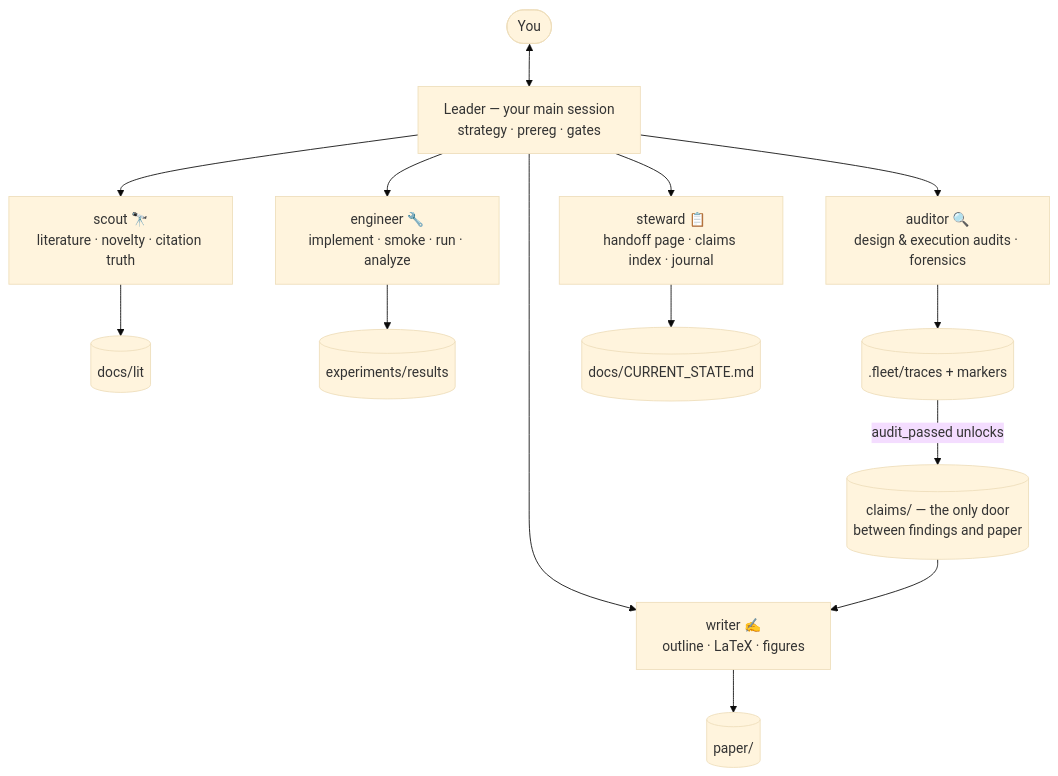
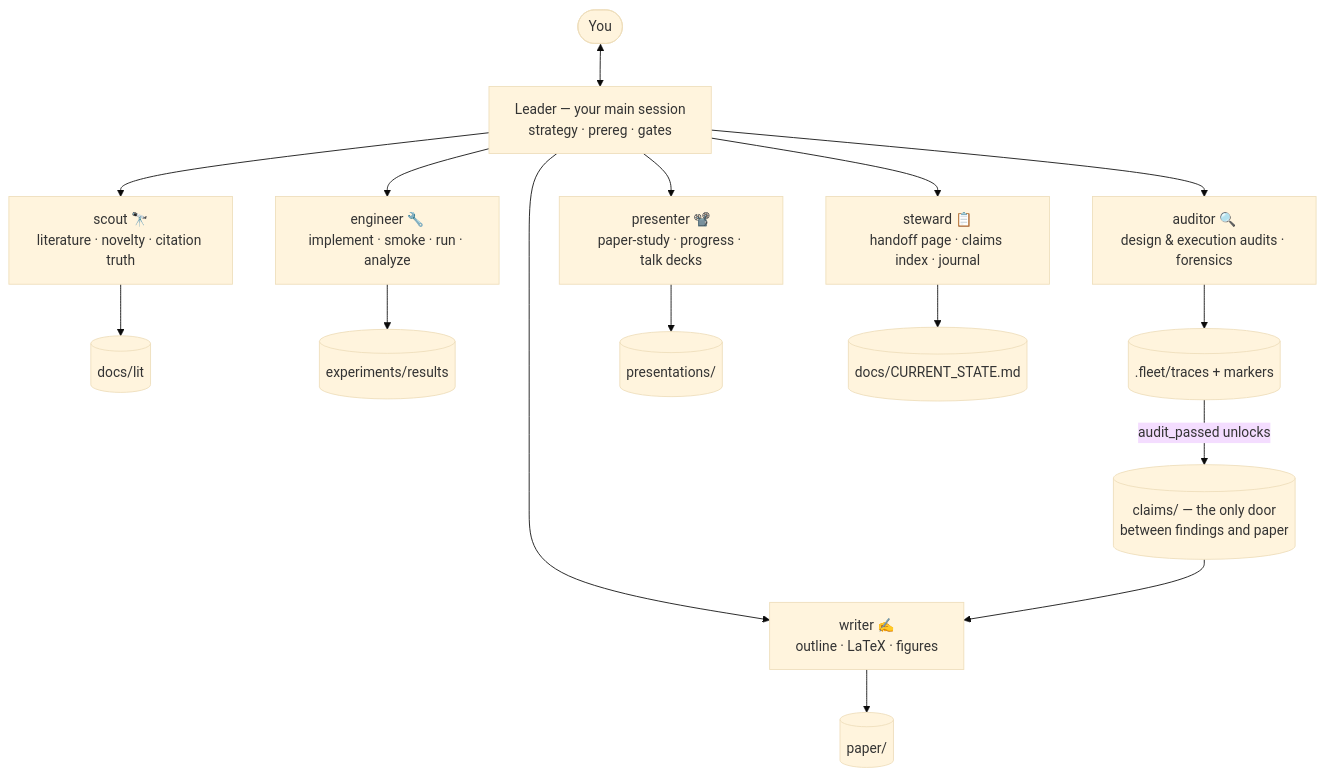
One commit to shanyuzhe/research-fleet changed the diagram in README.md. Above: the diagram before and after it, drawn with Mermaid (base theme). The commit also changed other lines of this file and 13 other files, not shown here.

First line of the commit message:
feat: presenter agent — academic decks with reverse-learning, zero-hallucination visuals, no-ghostwriting

````diff
--- a/README.md
+++ b/README.md
@@ -83,16 +83,18 @@
 ```mermaid
 flowchart TD
     U([You]) <--> L[Leader — your main session<br/>strategy · prereg · gates]
     L --> S[scout 🔭<br/>literature · novelty · citation truth]
     L --> E[engineer 🔧<br/>implement · smoke · run · analyze]
     L --> A[auditor 🔍<br/>design & execution audits · forensics]
     L --> W[writer ✍️<br/>outline · LaTeX · figures]
+    L --> P[presenter 📽️<br/>paper-study · progress · talk decks]
     L --> ST[steward 📋<br/>handoff page · claims index · journal]
     S --> lit[(docs/lit)]
     E --> res[(experiments/results)]
     A --> tr[(.fleet/traces + markers)]
     W --> paper[(paper/)]
+    P --> decks[(presentations/)]
     ST --> cs[(docs/CURRENT_STATE.md)]
     cl[(claims/ — the only door<br/>between findings and paper)] --> W
     tr -- audit_passed unlocks --> cl
 ```
````
